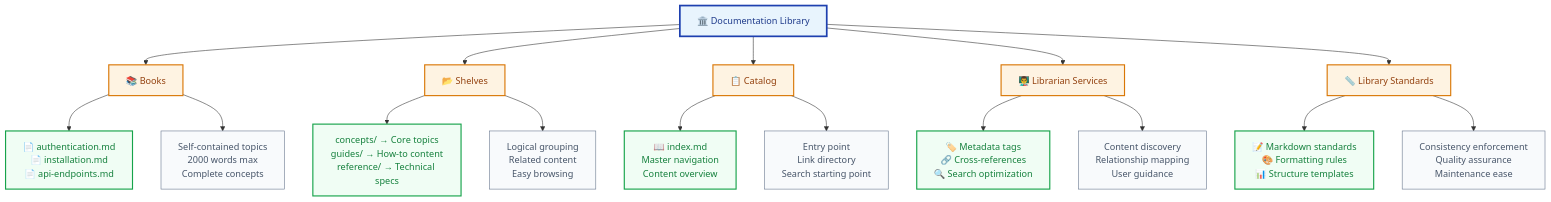
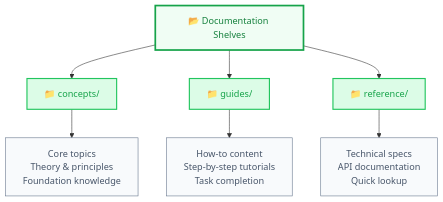
The seventh of 31 diagrams in 39-llm-documentation-complete.md (raphaelmansuy/tutorials), drawn with Mermaid before and after one commit. The commit also changed other lines of this file, not shown here.

````diff
--- a/39-llm-documentation-complete.md
+++ b/39-llm-documentation-complete.md
@@ -190,33 +292,20 @@
 ```mermaid
-graph TB
-    A[🏛️ Documentation Library] --> B[📚 Books]
-    A --> C[📂 Shelves]
-    A --> D[📋 Catalog]
-    A --> E[👨‍🏫 Librarian Services]
-    A --> F[📏 Library Standards]
+flowchart TD
+    A[📂 Documentation Shelves] --> B[📁 concepts/]
+    A --> C[📁 guides/]
+    A --> D[📁 reference/]
     
-    B --> B1[📄 authentication.md<br/>📄 installation.md<br/>📄 api-endpoints.md]
-    B --> B2[Self-contained topics<br/>2000 words max<br/>Complete concepts]
+    B --> B1[Core topics<br/>Theory & principles<br/>Foundation knowledge]
     
-    C --> C1[concepts/ → Core topics<br/>guides/ → How-to content<br/>reference/ → Technical specs]
-    C --> C2[Logical grouping<br/>Related content<br/>Easy browsing]
+    C --> C1[How-to content<br/>Step-by-step tutorials<br/>Task completion]
     
-    D --> D1[📖 index.md<br/>Master navigation<br/>Content overview]
-    D --> D2[Entry point<br/>Link directory<br/>Search starting point]
+    D --> D1[Technical specs<br/>API documentation<br/>Quick lookup]
     
-    E --> E1[🏷️ Metadata tags<br/>🔗 Cross-references<br/>🔍 Search optimization]
-    E --> E2[Content discovery<br/>Relationship mapping<br/>User guidance]
+    classDef shelves fill:#f0fdf4,stroke:#16a34a,stroke-width:3px,color:#15803d
+    classDef folder fill:#dcfce7,stroke:#22c55e,stroke-width:2px,color:#16a34a
+    classDef content fill:#f8fafc,stroke:#64748b,stroke-width:1px,color:#475569
     
-    F --> F1[📝 Markdown standards<br/>🎨 Formatting rules<br/>📊 Structure templates]
-    F --> F2[Consistency enforcement<br/>Quality assurance<br/>Maintenance ease]
-    
-    classDef library fill:#e8f4fd,stroke:#1e40af,stroke-width:3px,color:#1e3a8a
-    classDef component fill:#fef3e2,stroke:#d97706,stroke-width:2px,color:#92400e
-    classDef function fill:#f0fdf4,stroke:#16a34a,stroke-width:2px,color:#15803d
-    classDef benefit fill:#f8fafc,stroke:#64748b,stroke-width:1px,color:#475569
-    
-    class A library
-    class B,C,D,E,F component
-    class B1,C1,D1,E1,F1 function
-    class B2,C2,D2,E2,F2 benefit
+    class A shelves
+    class B,C,D folder
+    class B1,C1,D1 content
 ```
````
